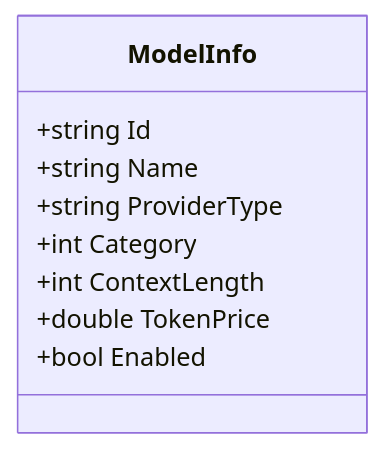
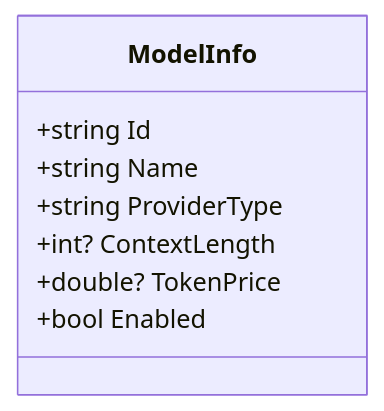
Before and after one commit to rbetree/llm-agent: the fifth of 10 diagrams in Docs/architecture/index.md, drawn with Mermaid. The commit also changed other lines of this file and 9 other files, not shown here.

````diff
--- a/Docs/architecture/index.md
+++ b/Docs/architecture/index.md
@@ -137,12 +162,11 @@
    ```mermaid
    classDiagram
      class ModelInfo {
        +string Id
        +string Name
        +string ProviderType
-       +int Category
-       +int ContextLength
-       +double TokenPrice
+       +int? ContextLength
+       +double? TokenPrice
        +bool Enabled
      }
    ```
````
